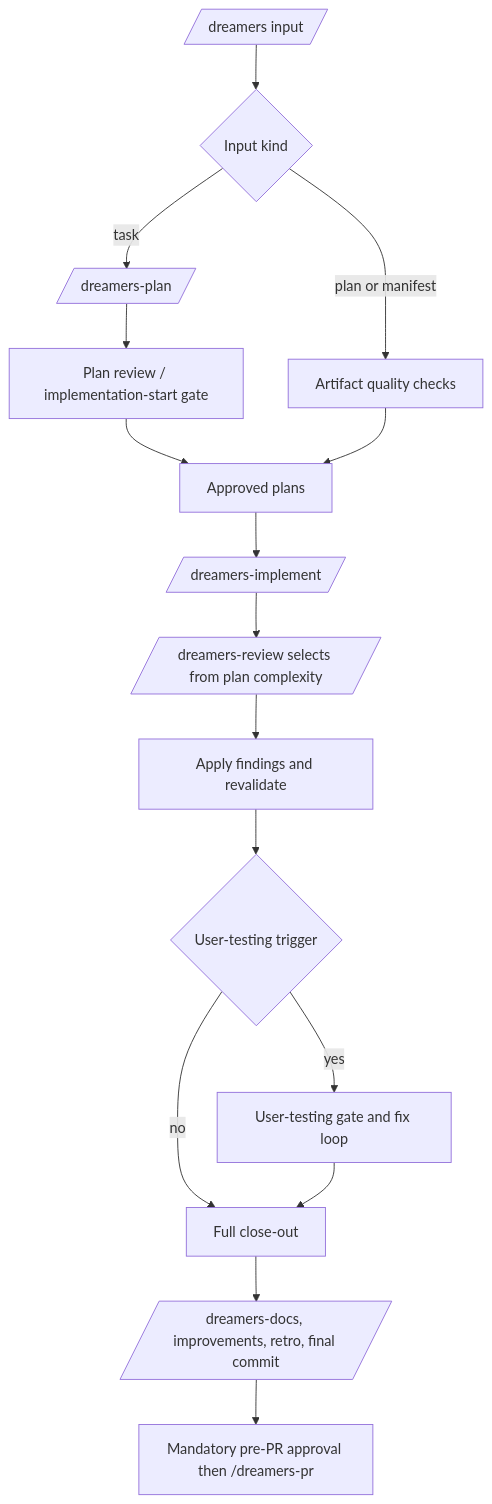
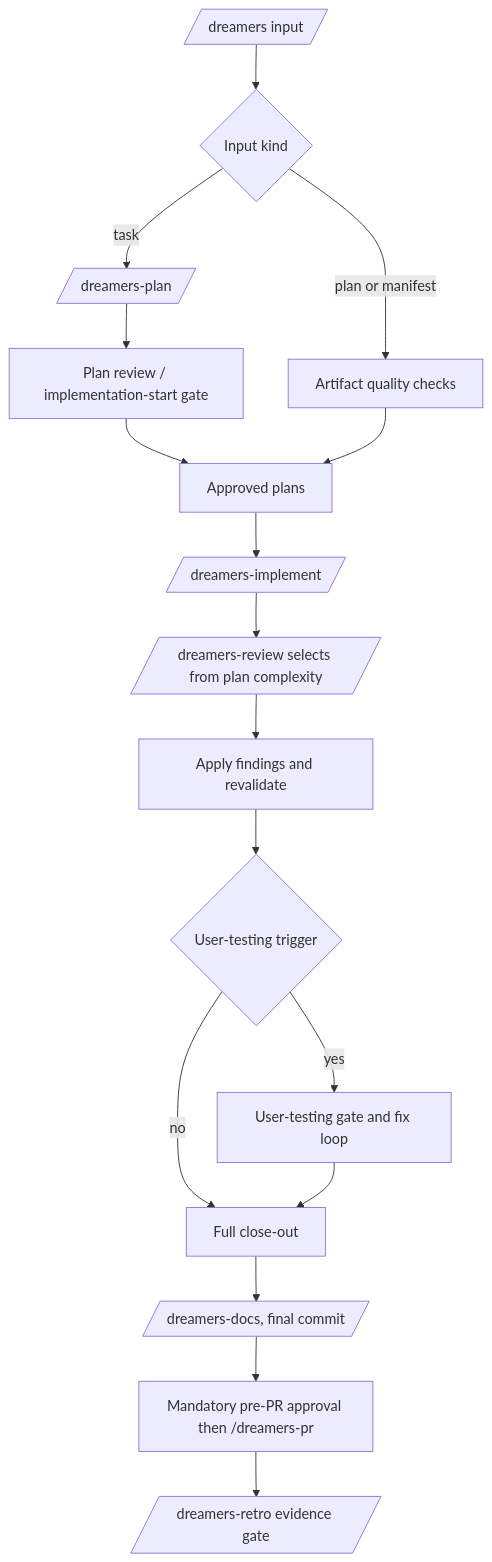
One commit to mrStorrs/dreamers-copilot changed the diagram in .github/skills/dreamers/readme.md. Above: the diagram before and after it, drawn with Mermaid. The commit also changed other lines of this file and 12 other files, not shown here.

First line of the commit message:
feat: add evidence-gated dreamers retro

```diff
--- a/.github/skills/dreamers/readme.md
+++ b/.github/skills/dreamers/readme.md
@@ -5,18 +5,19 @@
 ~~~mermaid
 flowchart TD
     I[/dreamers input/] --> R{Input kind}
     R -->|task| P[/dreamers-plan/]
     R -->|plan or manifest| Q[Artifact quality checks]
     P --> G[Plan review / implementation-start gate]
     G --> A[Approved plans]
     Q --> A
     A --> T[/dreamers-implement/]
     T --> V[/dreamers-review selects from plan complexity/]
     V --> X[Apply findings and revalidate]
     X --> U{User-testing trigger}
     U -->|yes| UT[User-testing gate and fix loop]
     U -->|no| C[Full close-out]
     UT --> C
-    C --> D[/dreamers-docs, improvements, retro, final commit/]
+    C --> D[/dreamers-docs, final commit/]
     D --> PR[Mandatory pre-PR approval then /dreamers-pr]
+    PR --> RR[/dreamers-retro evidence gate/]
 ~~~
```
